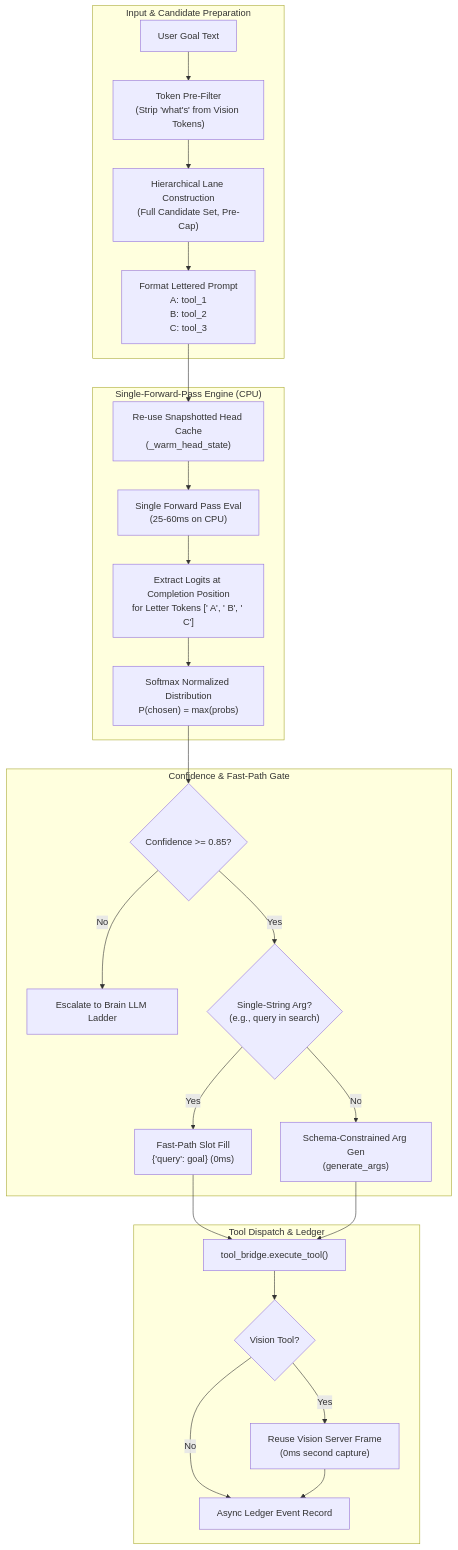
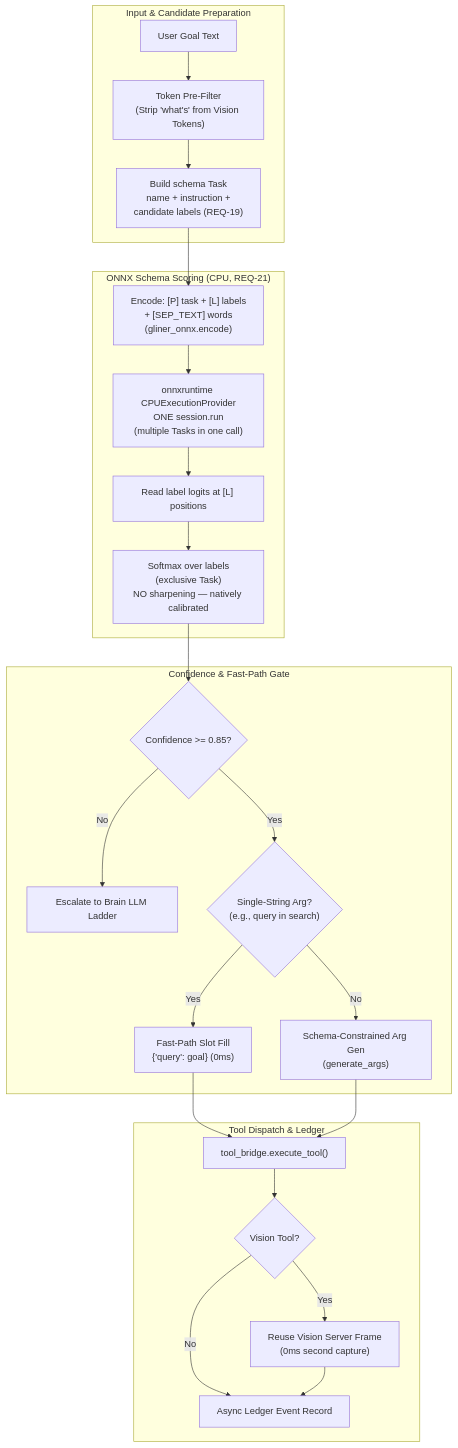
The first of 2 diagrams in specs/tool-decision-engine-improvements/design.md (Midast0uch/IRISVOICE), drawn with Mermaid before and after one commit. The commit also changed other lines of this file and 1625 other files, not shown here.

````diff
--- a/specs/tool-decision-engine-improvements/design.md
+++ b/specs/tool-decision-engine-improvements/design.md
@@ -17,32 +26,31 @@
 ```mermaid
 flowchart TD
     subgraph InputProcessing["Input & Candidate Preparation"]
         GOAL["User Goal Text"] --> TP["Token Pre-Filter<br/>(Strip 'what's' from Vision Tokens)"]
-        TP --> LC["Hierarchical Lane Construction<br/>(Full Candidate Set, Pre-Cap)"]
-        LC --> PROMPT["Format Lettered Prompt<br/>A: tool_1<br/>B: tool_2<br/>C: tool_3"]
+        TP --> TASK["Build schema Task<br/>name + instruction +<br/>candidate labels (REQ-19)"]
     end
 
-    subgraph DecisionScoring["Single-Forward-Pass Engine (CPU)"]
-        PROMPT --> KV["Re-use Snapshotted Head Cache<br/>(_warm_head_state)"]
-        KV --> FP["Single Forward Pass Eval<br/>(25-60ms on CPU)"]
-        FP --> EXT["Extract Logits at Completion Position<br/>for Letter Tokens [' A', ' B', ' C']"]
-        EXT --> SM["Softmax Normalized Distribution<br/>P(chosen) = max(probs)"]
+    subgraph DecisionScoring["ONNX Schema Scoring (CPU, REQ-21)"]
+        TASK --> ENC["Encode: [P] task + [L] labels<br/>+ [SEP_TEXT] words<br/>(gliner_onnx.encode)"]
+        ENC --> SESS["onnxruntime CPUExecutionProvider<br/>ONE session.run<br/>(multiple Tasks in one call)"]
+        SESS --> LOG["Read label logits at [L] positions"]
+        LOG --> SM["Softmax over labels<br/>(exclusive Task)<br/>NO sharpening — natively calibrated"]
     end
 
     subgraph EscalationGate["Confidence & Fast-Path Gate"]
         SM --> CONF{"Confidence >= 0.85?"}
         CONF -- No --> ESC["Escalate to Brain LLM Ladder"]
         CONF -- Yes --> FP_CHECK{"Single-String Arg?<br/>(e.g., query in search)"}
         
         FP_CHECK -- Yes --> FAST["Fast-Path Slot Fill<br/>{'query': goal} (0ms)"]
         FP_CHECK -- No --> GEN["Schema-Constrained Arg Gen<br/>(generate_args)"]
     end
 
     subgraph Dispatch["Tool Dispatch & Ledger"]
         FAST & GEN --> DISPATCH["tool_bridge.execute_tool()"]
         DISPATCH --> VIS_CHECK{"Vision Tool?"}
         VIS_CHECK -- Yes --> REUSE["Reuse Vision Server Frame<br/>(0ms second capture)"]
         VIS_CHECK -- No --> ASYNC_REC["Async Ledger Event Record"]
         REUSE --> ASYNC_REC
     end
 ```
````
